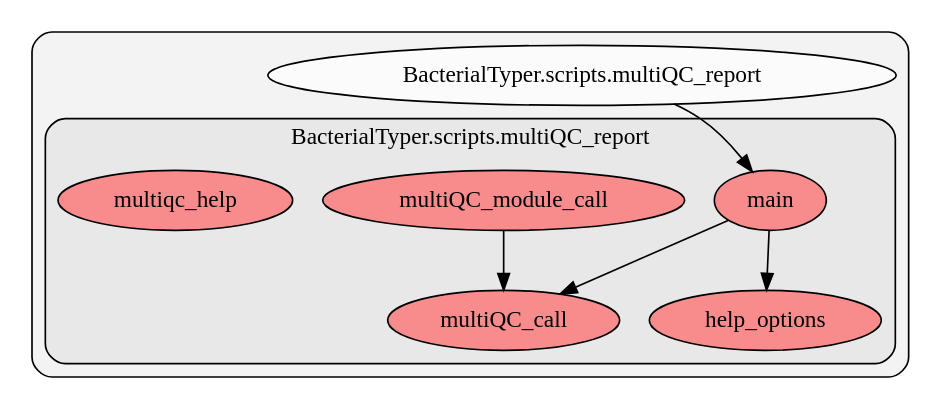
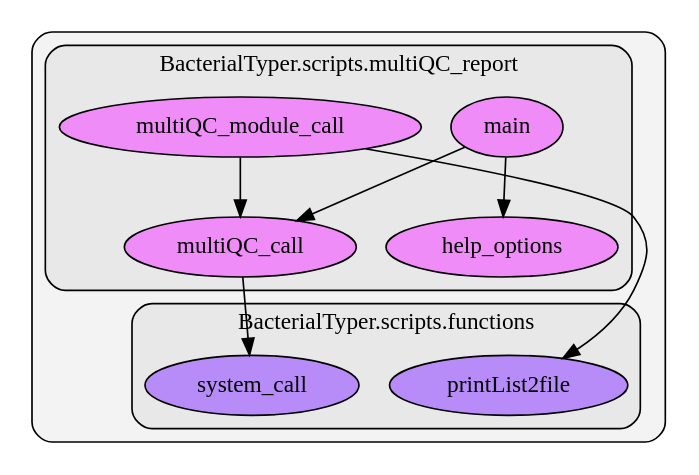
The diagram in docs/source/images/python_graph/scripts/multiQC_report.dot (HCGB-IGTP/BacterialTyper), drawn with Graphviz before and after one commit. The commit also changed 45 other files, not shown here.

Commit message:
update pyan graphs

```diff
--- a/docs/source/images/python_graph/scripts/multiQC_report.dot
+++ b/docs/source/images/python_graph/scripts/multiQC_report.dot
@@ -1,37 +1,194 @@
 digraph G {
-    graph [rankdir=TB, clusterrank="local"];
+    graph [spilines=ortho, rankdir=TB, clusterrank="local"];
     subgraph cluster_G {
 
         graph [style="filled,rounded",fillcolor="#80808018", label=""];
-        BacterialTyper__scripts__multiQC_report [label="BacterialTyper.scripts.multiQC_report", style="filled", fillcolor="#ffffffb2", fontcolor="#000000", group="0"];
-        subgraph cluster_BacterialTyper__scripts__multiQC_report {
+        subgraph cluster_BacterialTyper__scripts__functions {
 
-            graph [style="filled,rounded",fillcolor="#80808018", label="BacterialTyper.scripts.multiQC_report"];
-            BacterialTyper__scripts__multiQC_report__help_options [label="help_options", style="filled", fillcolor="#ff6565b2", fontcolor="#000000", group="0"];
+            graph [style="filled,rounded",fillcolor="#80808018", label="BacterialTyper.scripts.functions"];
+        }
+        subgraph cluster_BacterialTyper__scripts__functions {
+
+            graph [style="filled,rounded",fillcolor="#80808018", label="BacterialTyper.scripts.functions"];
+        }
+        subgraph cluster_BacterialTyper__scripts__functions {
+
+            graph [style="filled,rounded",fillcolor="#80808018", label="BacterialTyper.scripts.functions"];
+        }
+        subgraph cluster_BacterialTyper__scripts__functions {
+
+            graph [style="filled,rounded",fillcolor="#80808018", label="BacterialTyper.scripts.functions"];
+        }
+        subgraph cluster_BacterialTyper__scripts__functions {
+
+            graph [style="filled,rounded",fillcolor="#80808018", label="BacterialTyper.scripts.functions"];
+        }
+        subgraph cluster_BacterialTyper__scripts__functions {
+
+            graph [style="filled,rounded",fillcolor="#80808018", label="BacterialTyper.scripts.functions"];
+        }
+        subgraph cluster_BacterialTyper__scripts__functions {
+
+            graph [style="filled,rounded",fillcolor="#80808018", label="BacterialTyper.scripts.functions"];
+        }
+        subgraph cluster_BacterialTyper__scripts__functions {
+
+            graph [style="filled,rounded",fillcolor="#80808018", label="BacterialTyper.scripts.functions"];
+        }
+        subgraph cluster_BacterialTyper__scripts__functions {
+
+            graph [style="filled,rounded",fillcolor="#80808018", label="BacterialTyper.scripts.functions"];
+        }
+        subgraph cluster_BacterialTyper__scripts__functions {
+
+            graph [style="filled,rounded",fillcolor="#80808018", label="BacterialTyper.scripts.functions"];
+        }
+        subgraph cluster_BacterialTyper__scripts__functions {
+
+            graph [style="filled,rounded",fillcolor="#80808018", label="BacterialTyper.scripts.functions"];
+        }
+        subgraph cluster_BacterialTyper__scripts__functions {
+
+            graph [style="filled,rounded",fillcolor="#80808018", label="BacterialTyper.scripts.functions"];
+        }
+        subgraph cluster_BacterialTyper__scripts__functions {
+
+            graph [style="filled,rounded",fillcolor="#80808018", label="BacterialTyper.scripts.functions"];
+        }
+        subgraph cluster_BacterialTyper__scripts__functions {
+
+            graph [style="filled,rounded",fillcolor="#80808018", label="BacterialTyper.scripts.functions"];
+        }
+        subgraph cluster_BacterialTyper__scripts__functions {
+
+            graph [style="filled,rounded",fillcolor="#80808018", label="BacterialTyper.scripts.functions"];
+        }
+        subgraph cluster_BacterialTyper__scripts__functions {
+
+            graph [style="filled,rounded",fillcolor="#80808018", label="BacterialTyper.scripts.functions"];
+        }
+        subgraph cluster_BacterialTyper__scripts__functions {
+
+            graph [style="filled,rounded",fillcolor="#80808018", label="BacterialTyper.scripts.functions"];
+        }
+        subgraph cluster_BacterialTyper__scripts__functions {
+
+            graph [style="filled,rounded",fillcolor="#80808018", label="BacterialTyper.scripts.functions"];
+        }
+        subgraph cluster_BacterialTyper__scripts__functions {
+
+            graph [style="filled,rounded",fillcolor="#80808018", label="BacterialTyper.scripts.functions"];
+        }
+        subgraph cluster_BacterialTyper__scripts__functions {
+
+            graph [style="filled,rounded",fillcolor="#80808018", label="BacterialTyper.scripts.functions"];
+        }
+        subgraph cluster_BacterialTyper__scripts__functions {
+
+            graph [style="filled,rounded",fillcolor="#80808018", label="BacterialTyper.scripts.functions"];
+        }
+        subgraph cluster_BacterialTyper__scripts__functions {
+
+            graph [style="filled,rounded",fillcolor="#80808018", label="BacterialTyper.scripts.functions"];
+        }
+        subgraph cluster_BacterialTyper__scripts__functions {
+
+            graph [style="filled,rounded",fillcolor="#80808018", label="BacterialTyper.scripts.functions"];
+        }
+        subgraph cluster_BacterialTyper__scripts__functions {
+
+            graph [style="filled,rounded",fillcolor="#80808018", label="BacterialTyper.scripts.functions"];
+        }
+        subgraph cluster_BacterialTyper__scripts__functions {
+
+            graph [style="filled,rounded",fillcolor="#80808018", label="BacterialTyper.scripts.functions"];
+        }
+        subgraph cluster_BacterialTyper__scripts__functions {
+
+            graph [style="filled,rounded",fillcolor="#80808018", label="BacterialTyper.scripts.functions"];
+        }
+        subgraph cluster_BacterialTyper__scripts__functions {
+
+            graph [style="filled,rounded",fillcolor="#80808018", label="BacterialTyper.scripts.functions"];
+            BacterialTyper__scripts__functions__printList2file [label="printList2file", style="filled", fillcolor="#a365ffb2", fontcolor="#000000", group="33"];
+        }
+        subgraph cluster_BacterialTyper__scripts__functions {
+
+            graph [style="filled,rounded",fillcolor="#80808018", label="BacterialTyper.scripts.functions"];
+        }
+        subgraph cluster_BacterialTyper__scripts__functions {
+
+            graph [style="filled,rounded",fillcolor="#80808018", label="BacterialTyper.scripts.functions"];
+        }
+        subgraph cluster_BacterialTyper__scripts__functions {
+
+            graph [style="filled,rounded",fillcolor="#80808018", label="BacterialTyper.scripts.functions"];
+        }
+        subgraph cluster_BacterialTyper__scripts__functions {
+
+            graph [style="filled,rounded",fillcolor="#80808018", label="BacterialTyper.scripts.functions"];
+        }
+        subgraph cluster_BacterialTyper__scripts__functions {
+
+            graph [style="filled,rounded",fillcolor="#80808018", label="BacterialTyper.scripts.functions"];
+        }
+        subgraph cluster_BacterialTyper__scripts__functions {
+
+            graph [style="filled,rounded",fillcolor="#80808018", label="BacterialTyper.scripts.functions"];
+        }
+        subgraph cluster_BacterialTyper__scripts__functions {
+
+            graph [style="filled,rounded",fillcolor="#80808018", label="BacterialTyper.scripts.functions"];
+        }
+        subgraph cluster_BacterialTyper__scripts__functions {
+
+            graph [style="filled,rounded",fillcolor="#80808018", label="BacterialTyper.scripts.functions"];
+        }
+        subgraph cluster_BacterialTyper__scripts__functions {
+
+            graph [style="filled,rounded",fillcolor="#80808018", label="BacterialTyper.scripts.functions"];
+        }
+        subgraph cluster_BacterialTyper__scripts__functions {
+
+            graph [style="filled,rounded",fillcolor="#80808018", label="BacterialTyper.scripts.functions"];
+            BacterialTyper__scripts__functions__system_call [label="system_call", style="filled", fillcolor="#a365ffb2", fontcolor="#000000", group="33"];
+        }
+        subgraph cluster_BacterialTyper__scripts__functions {
+
+            graph [style="filled,rounded",fillcolor="#80808018", label="BacterialTyper.scripts.functions"];
+        }
+        subgraph cluster_BacterialTyper__scripts__functions {
+
+            graph [style="filled,rounded",fillcolor="#80808018", label="BacterialTyper.scripts.functions"];
         }
         subgraph cluster_BacterialTyper__scripts__multiQC_report {
 
             graph [style="filled,rounded",fillcolor="#80808018", label="BacterialTyper.scripts.multiQC_report"];
-            BacterialTyper__scripts__multiQC_report__main [label="main", style="filled", fillcolor="#ff6565b2", fontcolor="#000000", group="0"];
+            BacterialTyper__scripts__multiQC_report__help_options [label="help_options", style="filled", fillcolor="#f465ffb2", fontcolor="#000000", group="37"];
         }
         subgraph cluster_BacterialTyper__scripts__multiQC_report {
 
             graph [style="filled,rounded",fillcolor="#80808018", label="BacterialTyper.scripts.multiQC_report"];
-            BacterialTyper__scripts__multiQC_report__multiQC_call [label="multiQC_call", style="filled", fillcolor="#ff6565b2", fontcolor="#000000", group="0"];
+            BacterialTyper__scripts__multiQC_report__main [label="main", style="filled", fillcolor="#f465ffb2", fontcolor="#000000", group="37"];
         }
         subgraph cluster_BacterialTyper__scripts__multiQC_report {
 
             graph [style="filled,rounded",fillcolor="#80808018", label="BacterialTyper.scripts.multiQC_report"];
-            BacterialTyper__scripts__multiQC_report__multiQC_module_call [label="multiQC_module_call", style="filled", fillcolor="#ff6565b2", fontcolor="#000000", group="0"];
+            BacterialTyper__scripts__multiQC_report__multiQC_call [label="multiQC_call", style="filled", fillcolor="#f465ffb2", fontcolor="#000000", group="37"];
         }
         subgraph cluster_BacterialTyper__scripts__multiQC_report {
 
             graph [style="filled,rounded",fillcolor="#80808018", label="BacterialTyper.scripts.multiQC_report"];
-            BacterialTyper__scripts__multiQC_report__multiqc_help [label="multiqc_help", style="filled", fillcolor="#ff6565b2", fontcolor="#000000", group="0"];
+            BacterialTyper__scripts__multiQC_report__multiQC_module_call [label="multiQC_module_call", style="filled", fillcolor="#f465ffb2", fontcolor="#000000", group="37"];
+        }
+        subgraph cluster_BacterialTyper__scripts__multiQC_report {
+
+            graph [style="filled,rounded",fillcolor="#80808018", label="BacterialTyper.scripts.multiQC_report"];
         }
     }
-        BacterialTyper__scripts__multiQC_report -> BacterialTyper__scripts__multiQC_report__main [style="solid", color="#000000"];
+        BacterialTyper__scripts__multiQC_report__multiQC_module_call -> BacterialTyper__scripts__functions__printList2file [style="solid", color="#000000"];
         BacterialTyper__scripts__multiQC_report__multiQC_module_call -> BacterialTyper__scripts__multiQC_report__multiQC_call [style="solid", color="#000000"];
+        BacterialTyper__scripts__multiQC_report__multiQC_call -> BacterialTyper__scripts__functions__system_call [style="solid", color="#000000"];
+        BacterialTyper__scripts__multiQC_report__main -> BacterialTyper__scripts__multiQC_report__multiQC_call [style="solid", color="#000000"];
         BacterialTyper__scripts__multiQC_report__main -> BacterialTyper__scripts__multiQC_report__help_options [style="solid", color="#000000"];
-        BacterialTyper__scripts__multiQC_report__main -> BacterialTyper__scripts__multiQC_report__multiQC_call [style="solid", color="#000000"];
     }
```
